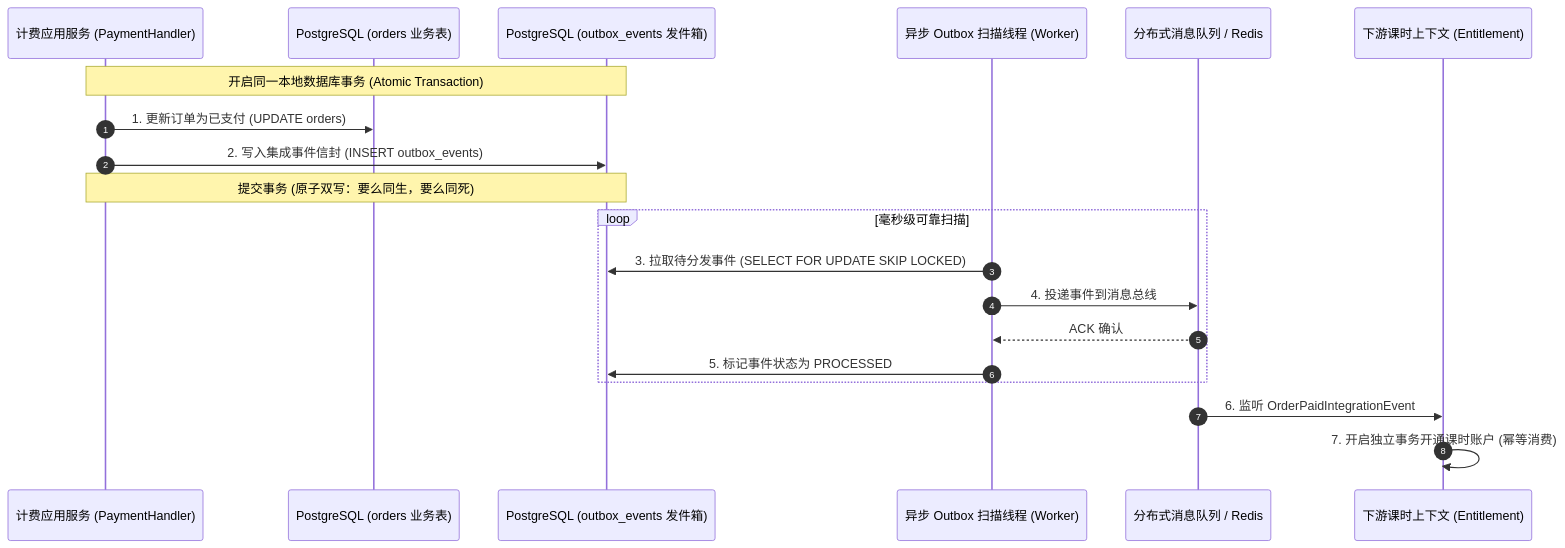
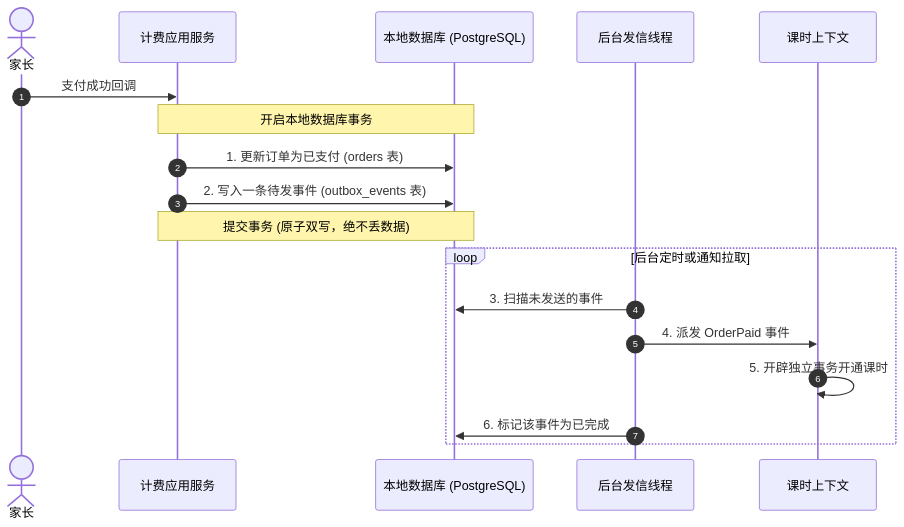
Before and after one commit to TimeCraker/vibe-studio: the fourth of 4 diagrams in products/ddd-paper/DDD-Practical-Architecture-Paper.md, drawn with Mermaid. The commit also changed other lines of this file and 1 other file, not shown here.

````diff
--- a/products/ddd-paper/DDD-Practical-Architecture-Paper.md
+++ b/products/ddd-paper/DDD-Practical-Architecture-Paper.md
@@ -803,25 +652,22 @@
 ```mermaid
 sequenceDiagram
     autonumber
-    participant AppService as 计费应用服务 (PaymentHandler)
-    participant PG_Biz as PostgreSQL (orders 业务表)
-    participant PG_Outbox as PostgreSQL (outbox_events 发件箱)
-    participant Worker as 异步 Outbox 扫描线程 (Worker)
-    participant EventBus as 分布式消息队列 / Redis
-    participant Entitlement as 下游课时上下文 (Entitlement)
+    actor Parent as 家长
+    participant App as 计费应用服务
+    participant DB as 本地数据库 (PostgreSQL)
+    participant Worker as 后台发信线程
+    participant Entitlement as 课时上下文
 
-    Note over AppService, PG_Outbox: 开启同一本地数据库事务 (Atomic Transaction)
-    AppService->>PG_Biz: 1. 更新订单为已支付 (UPDATE orders)
-    AppService->>PG_Outbox: 2. 写入集成事件信封 (INSERT outbox_events)
-    Note over AppService, PG_Outbox: 提交事务 (原子双写：要么同生，要么同死)
+    Parent->>App: 支付成功回调
+    Note over App, DB: 开启本地数据库事务
+    App->>DB: 1. 更新订单为已支付 (orders 表)
+    App->>DB: 2. 写入一条待发事件 (outbox_events 表)
+    Note over App, DB: 提交事务 (原子双写，绝不丢数据)
 
-    loop 毫秒级可靠扫描
-        Worker->>PG_Outbox: 3. 拉取待分发事件 (SELECT FOR UPDATE SKIP LOCKED)
-        Worker->>EventBus: 4. 投递事件到消息总线
-        EventBus-->>Worker: ACK 确认
-        Worker->>PG_Outbox: 5. 标记事件状态为 PROCESSED
+    loop 后台定时或通知拉取
+        Worker->>DB: 3. 扫描未发送的事件
+        Worker->>Entitlement: 4. 派发 OrderPaid 事件
+        Entitlement->>Entitlement: 5. 开辟独立事务开通课时
+        Worker->>DB: 6. 标记该事件为已完成
     end
-
-    EventBus->>Entitlement: 6. 监听 OrderPaidIntegrationEvent
-    Entitlement->>Entitlement: 7. 开启独立事务开通课时账户 (幂等消费)
 ```
````
